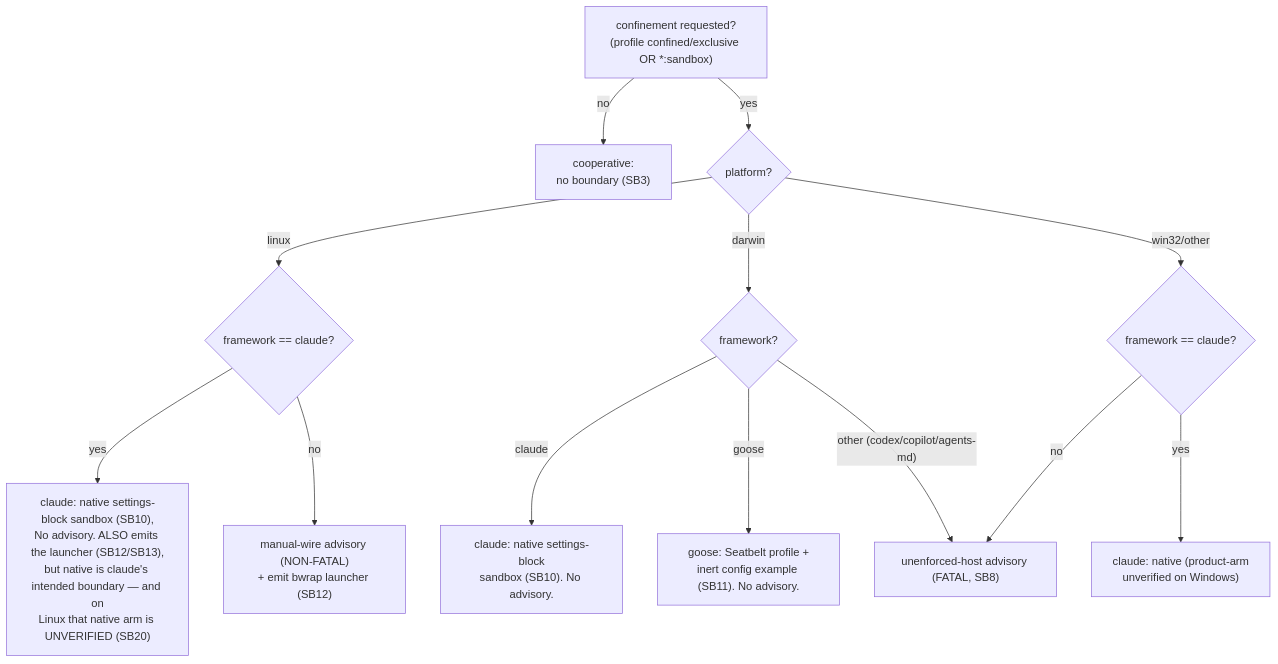
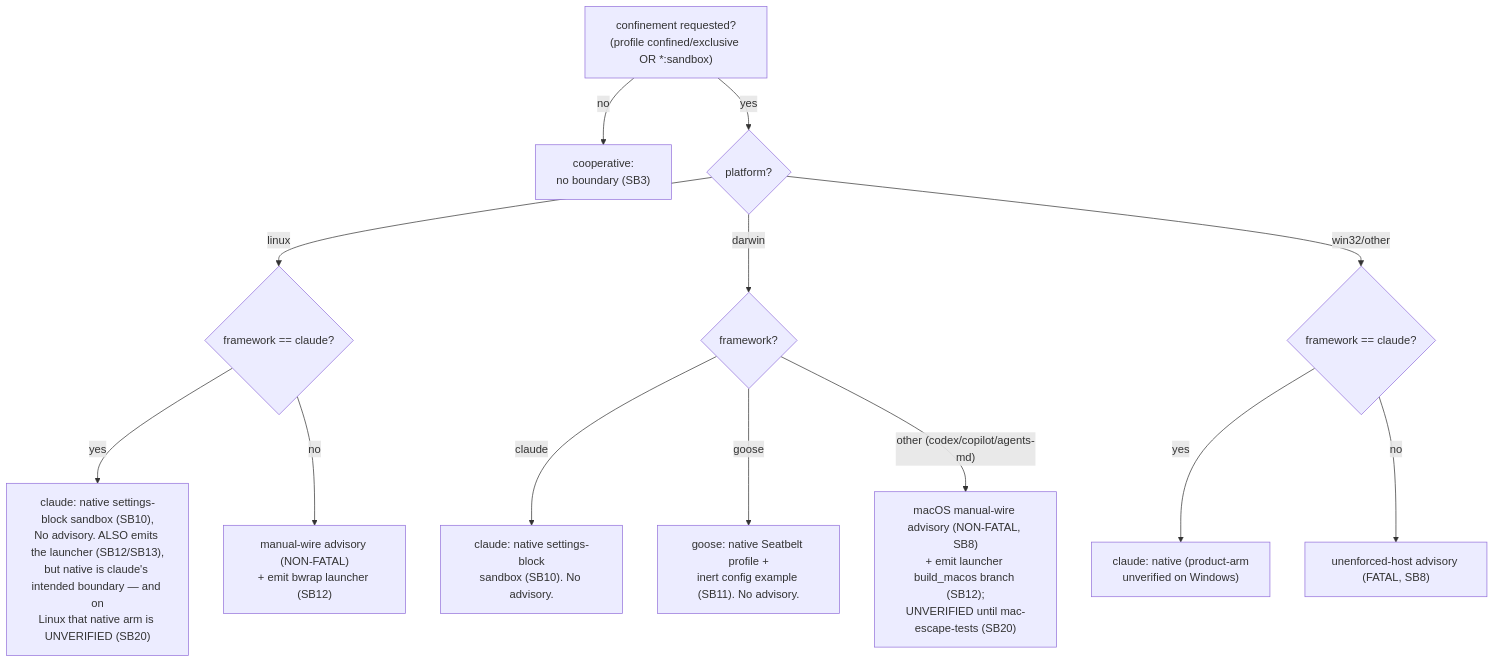
The diagram in docs_src/agentteams-sandboxing-guide/reference/part-iii-the-decision.md (jlcatonjr/agentteams), drawn with Mermaid before and after one commit. The commit also changed other lines of this file and 16 other files, not shown here.

First line of the commit message:
docs(sandboxing): document the macOS augmentation of the confinement launcher

````diff
--- a/docs_src/agentteams-sandboxing-guide/reference/part-iii-the-decision.md
+++ b/docs_src/agentteams-sandboxing-guide/reference/part-iii-the-decision.md
@@ -23,15 +25,15 @@
 ```mermaid
 flowchart TD
     Q["confinement requested?<br/>(profile confined/exclusive OR *:sandbox)"] -->|no| COOP["cooperative:<br/>no boundary (SB3)"]
     Q -->|yes| P{"platform?"}
     P -->|linux| FW{"framework == claude?"}
     FW -->|yes| CNL["claude: native settings-block sandbox (SB10),<br/>No advisory. ALSO emits the launcher (SB12/SB13),<br/>but native is claude's intended boundary — and on<br/>Linux that native arm is UNVERIFIED (SB20)"]
     FW -->|no| ML["manual-wire advisory (NON-FATAL)<br/>+ emit bwrap launcher (SB12)"]
     P -->|darwin| DF{"framework?"}
     DF -->|claude| CN["claude: native settings-block<br/>sandbox (SB10). No advisory."]
-    DF -->|goose| SB["goose: Seatbelt profile +<br/>inert config example (SB11). No advisory."]
-    DF -->|"other (codex/copilot/agents-md)"| UH["unenforced-host advisory (FATAL, SB8)"]
+    DF -->|goose| SB["goose: native Seatbelt profile +<br/>inert config example (SB11). No advisory."]
+    DF -->|"other (codex/copilot/agents-md)"| MM["macOS manual-wire advisory (NON-FATAL, SB8)<br/>+ emit launcher build_macos branch (SB12);<br/>UNVERIFIED until mac-escape-tests (SB20)"]
     P -->|win32/other| W2{"framework == claude?"}
     W2 -->|yes| CW["claude: native (product-arm<br/>unverified on Windows)"]
-    W2 -->|no| UH
+    W2 -->|no| UH["unenforced-host advisory (FATAL, SB8)"]
 ```
````
